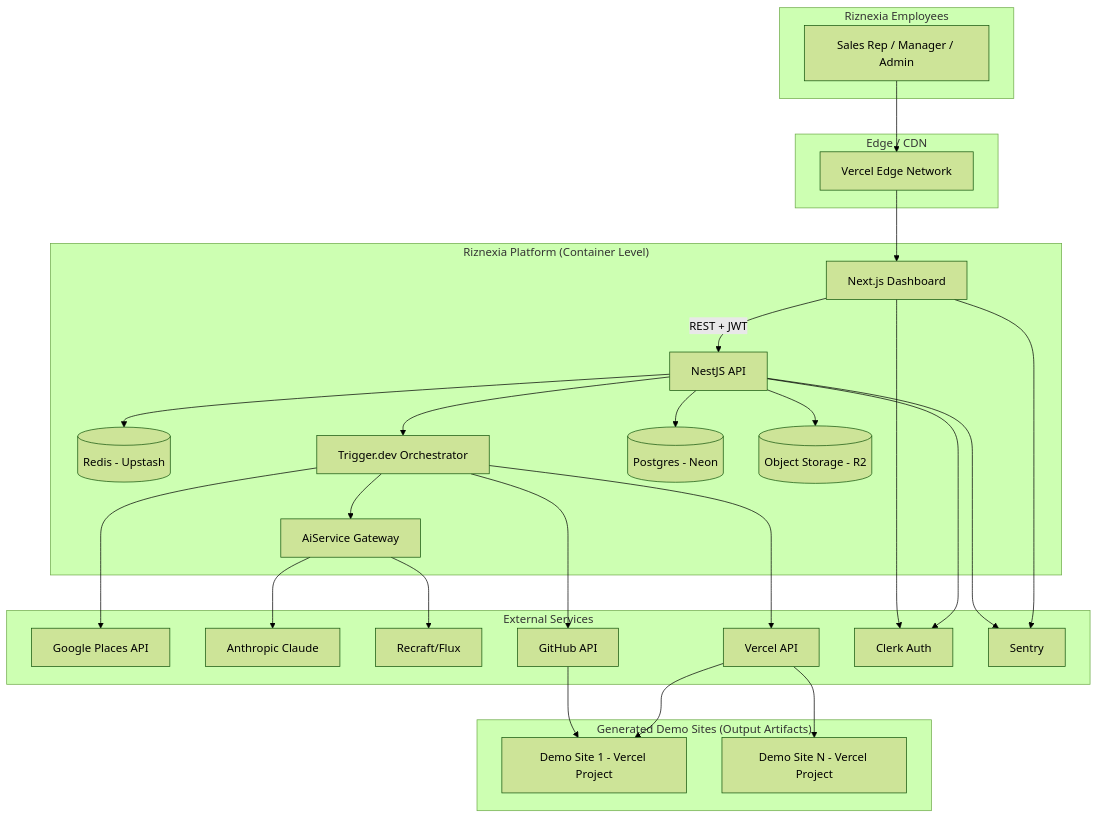
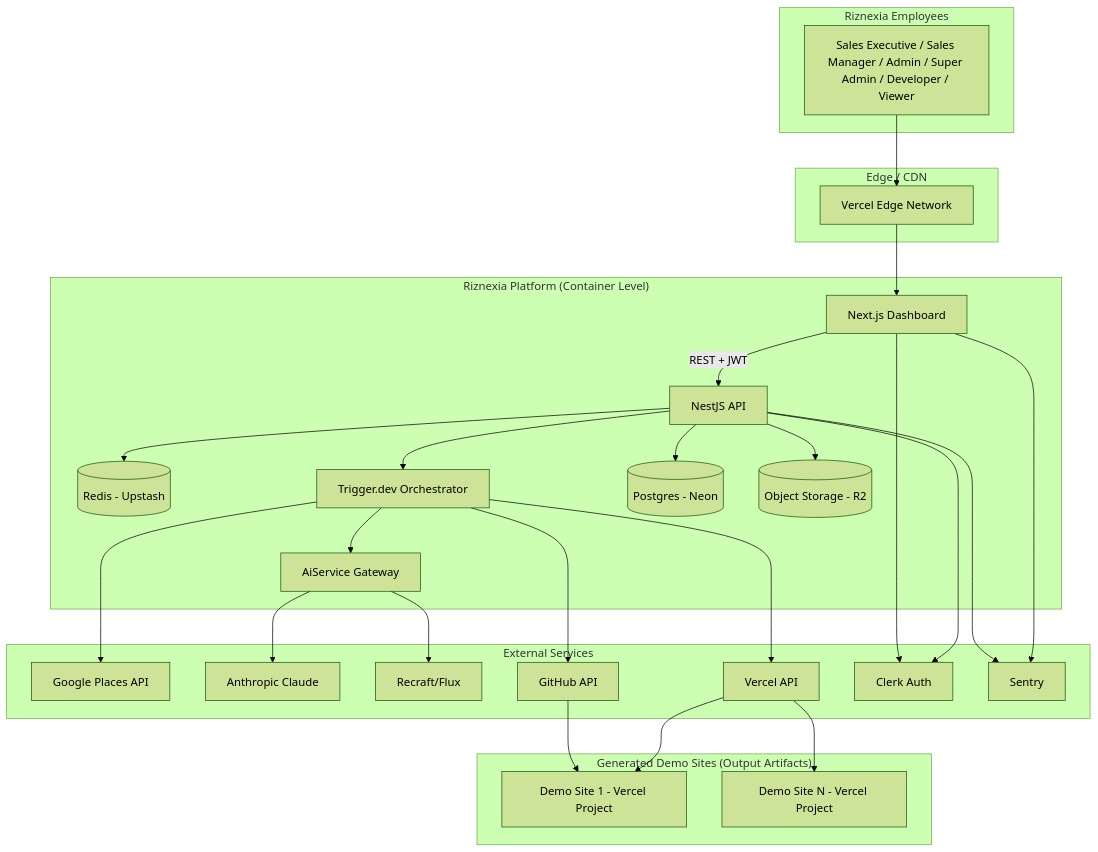
The first of 9 diagrams in docs/16-system-architecture.md (ShaiikhRafay/riznexia-platform), drawn with Mermaid (forest theme) before and after one commit. The commit also changed other lines of this file and 215 other files, not shown here.

````diff
--- a/docs/16-system-architecture.md
+++ b/docs/16-system-architecture.md
@@ -15,52 +17,52 @@
 ```mermaid
 flowchart TB
     subgraph Users["Riznexia Employees"]
-        Rep[Sales Rep / Manager / Admin]
+        Rep["Sales Executive / Sales Manager / Admin / Super Admin / Developer / Viewer"]
     end
 
     subgraph Edge["Edge / CDN"]
         VercelEdge[Vercel Edge Network]
     end
 
     subgraph Platform["Riznexia Platform (Container Level)"]
         Web[Next.js Dashboard]
         API[NestJS API]
         Cache[(Redis - Upstash)]
         Queue[Trigger.dev Orchestrator]
         DB[(Postgres - Neon)]
         Blob[(Object Storage - R2)]
         AIGW[AiService Gateway]
     end
 
     subgraph DemoSites["Generated Demo Sites (Output Artifacts)"]
         Demo1[Demo Site 1 - Vercel Project]
         Demo2[Demo Site N - Vercel Project]
     end
 
     subgraph External["External Services"]
         Places[Google Places API]
         Claude[Anthropic Claude]
         ImgGen[Recraft/Flux]
         GitHub[GitHub API]
         VercelAPI[Vercel API]
         Clerk[Clerk Auth]
         Sentry[Sentry]
     end
 
     Rep --> VercelEdge --> Web
     Web -->|REST + JWT| API
     Web --> Clerk
     API --> Clerk
     API --> Cache
     API --> DB
     API --> Blob
     API --> Queue
     Queue --> AIGW --> Claude
     AIGW --> ImgGen
     Queue --> Places
     Queue --> GitHub --> Demo1
     Queue --> VercelAPI --> Demo1
     VercelAPI --> Demo2
     API --> Sentry
     Web --> Sentry
 ```
````
